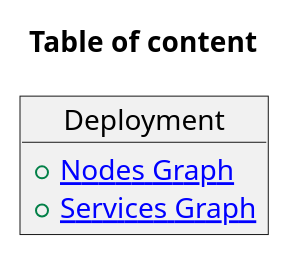
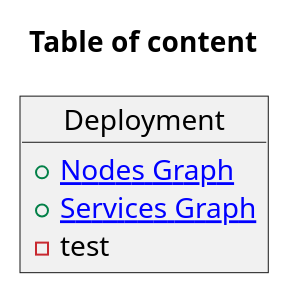
Before and after one commit to imazzine/cli: the diagram in design/puml/index.puml, drawn with PlantUML.

Commit message:
ignore files added, docs moved to ignore

```diff
--- a/design/puml/index.puml
+++ b/design/puml/index.puml
@@ -1,7 +1,8 @@
 @startuml index
 title Table of content
 object "Deployment" as Deployment {
     +[[./../deployment/nodes_graph/nodes_graph.svg Nodes Graph]]
     +[[./../deployment/services_graph/services_graph.svg Services Graph]]
+    -test
 }
 @enduml
```
